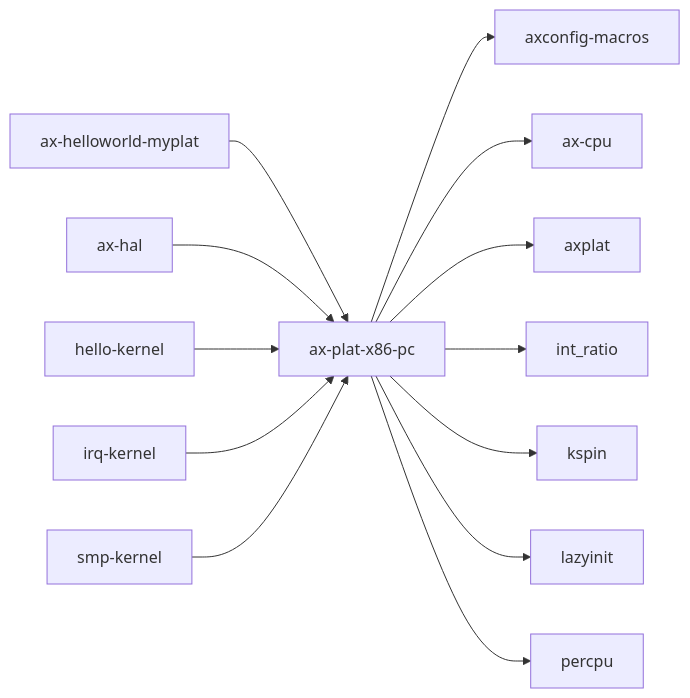
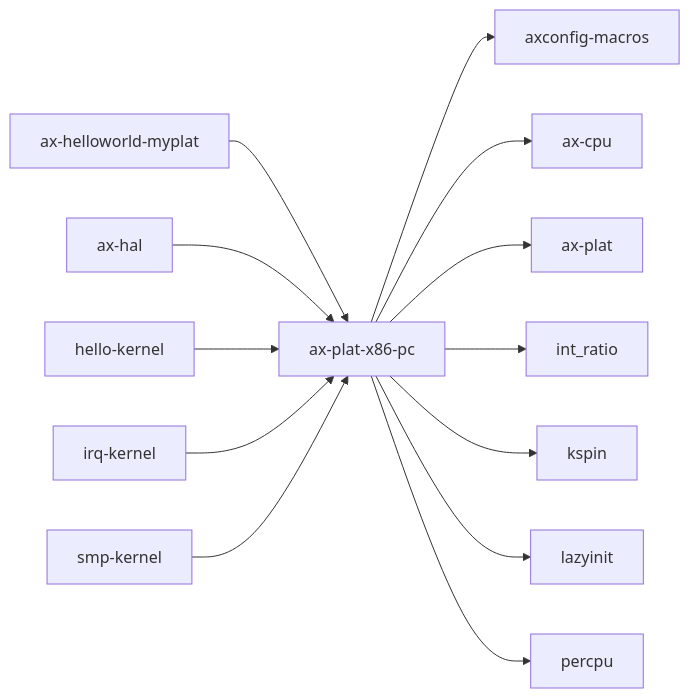
One commit to zKurisu/tgoskits changed the third of 3 diagrams in docs/crates/ax-plat-x86-pc.md. Above: the diagram before and after it, drawn with Mermaid. The commit also changed other lines of this file and 199 other files, not shown here.

Commit message:
rename axplat to ax-plat

````diff
--- a/docs/crates/ax-plat-x86-pc.md
+++ b/docs/crates/ax-plat-x86-pc.md
@@ -238,16 +238,16 @@
 ```mermaid
 graph LR
     current["ax-plat-x86-pc"]
     current --> axconfig_macros["axconfig-macros"]
     current --> ax-cpu["ax-cpu"]
-    current --> axplat["axplat"]
+    current --> axplat["ax-plat"]
     current --> int_ratio["int_ratio"]
     current --> kspin["kspin"]
     current --> lazyinit["lazyinit"]
     current --> percpu["percpu"]
     arceos_helloworld_myplat["ax-helloworld-myplat"] --> current
     ax-hal["ax-hal"] --> current
     hello_kernel["hello-kernel"] --> current
     irq_kernel["irq-kernel"] --> current
     smp_kernel["smp-kernel"] --> current
 ```
````
